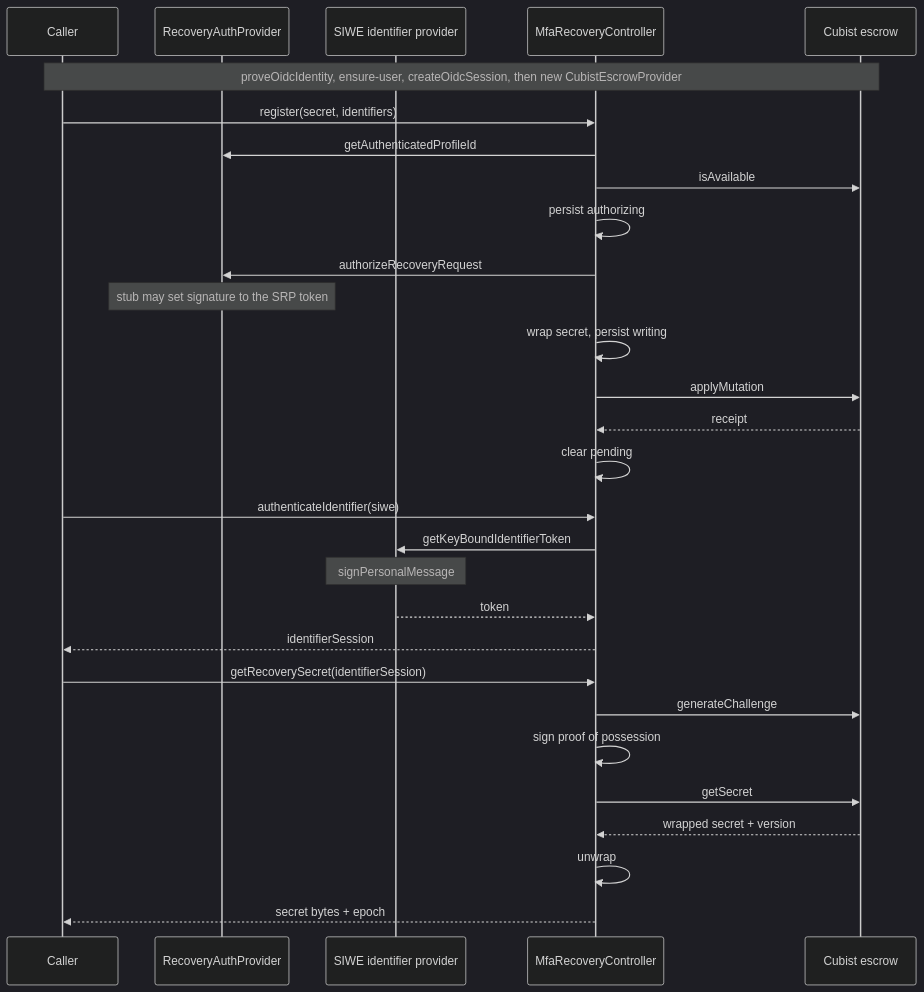
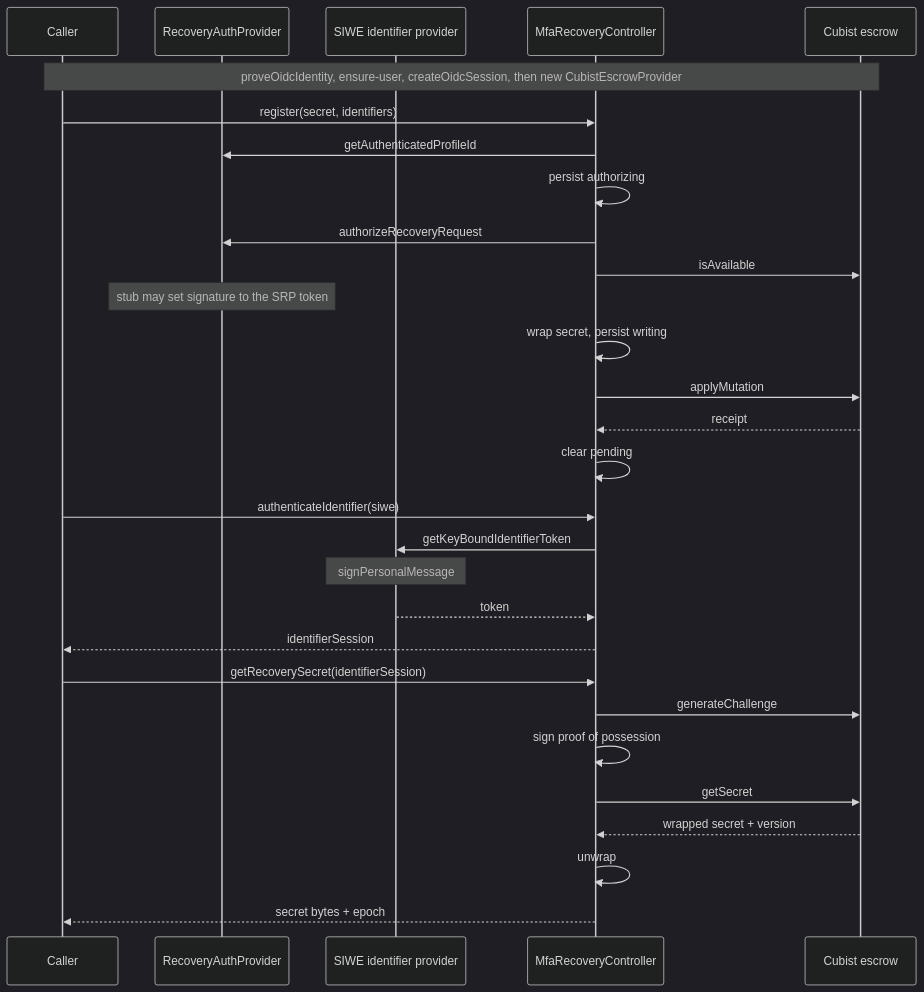
Before and after one commit to MetaMask/core: the fourth of 7 diagrams in packages/mfa-recovery-controller/ARCHITECTURE.md, drawn with Mermaid (dark theme). The commit also changed other lines of this file and 17 other files, not shown here.

````diff
--- a/packages/mfa-recovery-controller/ARCHITECTURE.md
+++ b/packages/mfa-recovery-controller/ARCHITECTURE.md
@@ -153,35 +162,35 @@
 ```mermaid
 sequenceDiagram
   participant Caller as Caller
   participant Auth as RecoveryAuthProvider
   participant IdP as SIWE identifier provider
   participant Ctrl as MfaRecoveryController
   participant Escrow as Cubist escrow
 
   Note over Caller,Escrow: proveOidcIdentity, ensure-user, createOidcSession, then new CubistEscrowProvider
 
   Caller->>Ctrl: register(secret, identifiers)
   Ctrl->>Auth: getAuthenticatedProfileId
-  Ctrl->>Escrow: isAvailable
   Ctrl->>Ctrl: persist authorizing
   Ctrl->>Auth: authorizeRecoveryRequest
+  Ctrl->>Escrow: isAvailable
   Note over Auth: stub may set signature to the SRP token
   Ctrl->>Ctrl: wrap secret, persist writing
   Ctrl->>Escrow: applyMutation
   Escrow-->>Ctrl: receipt
   Ctrl->>Ctrl: clear pending
 
   Caller->>Ctrl: authenticateIdentifier(siwe)
   Ctrl->>IdP: getKeyBoundIdentifierToken
   Note over IdP: signPersonalMessage
   IdP-->>Ctrl: token
   Ctrl-->>Caller: identifierSession
 
   Caller->>Ctrl: getRecoverySecret(identifierSession)
   Ctrl->>Escrow: generateChallenge
   Ctrl->>Ctrl: sign proof of possession
   Ctrl->>Escrow: getSecret
   Escrow-->>Ctrl: wrapped secret + version
   Ctrl->>Ctrl: unwrap
   Ctrl-->>Caller: secret bytes + epoch
 ```
````
